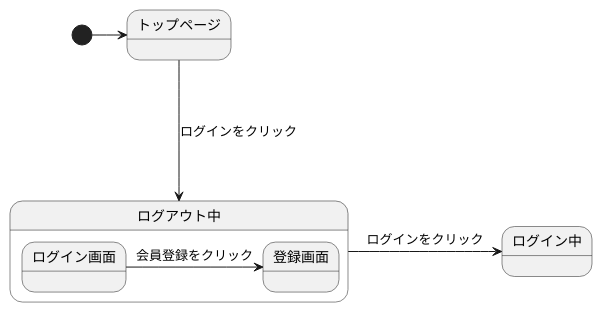
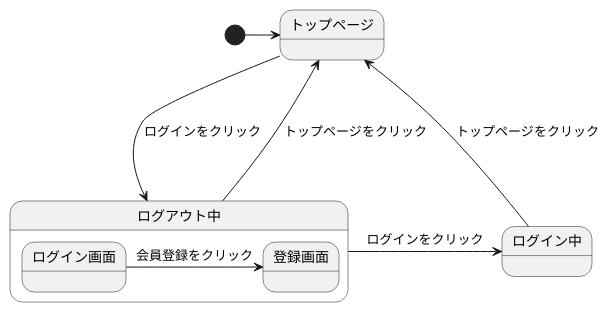
Before and after one commit to Aso2001409/2021sys-design: the diagram in gamen2.md, drawn with PlantUML.

````diff
--- a/gamen2.md
+++ b/gamen2.md
@@ -1,13 +1,15 @@
 ```uml
 @startuml
 [*]->トップページ
 トップページ--->ログアウト中 :ログインをクリック
+ログアウト中->トップページ :トップページをクリック
+ログイン中->トップページ :トップページをクリック
 state ログアウト中{
   ログイン画面->登録画面 :会員登録をクリック
 }
 ログアウト中->ログイン中 :ログインをクリック
 state ログイン中{
   
   }
 @enduml
 ```
````
